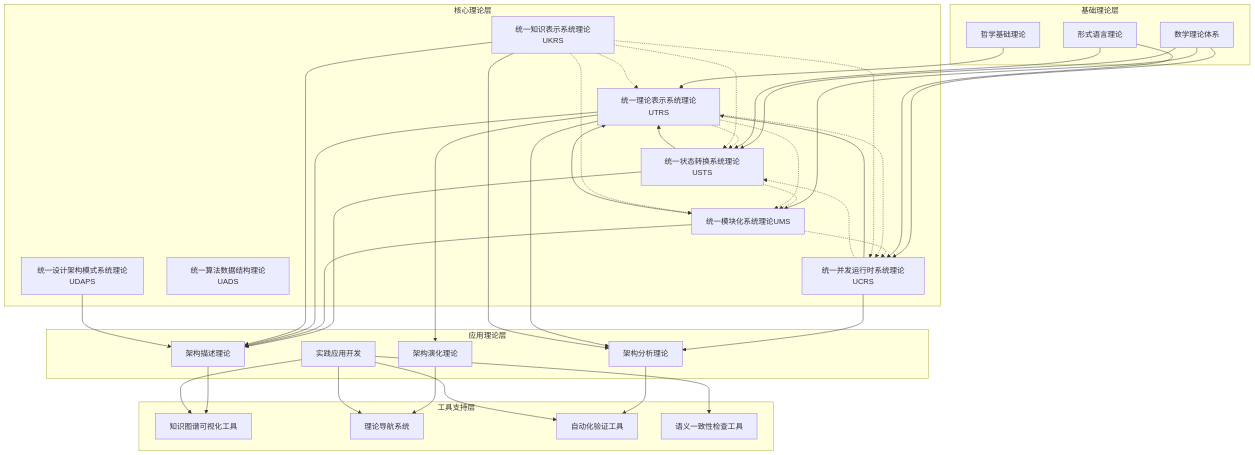
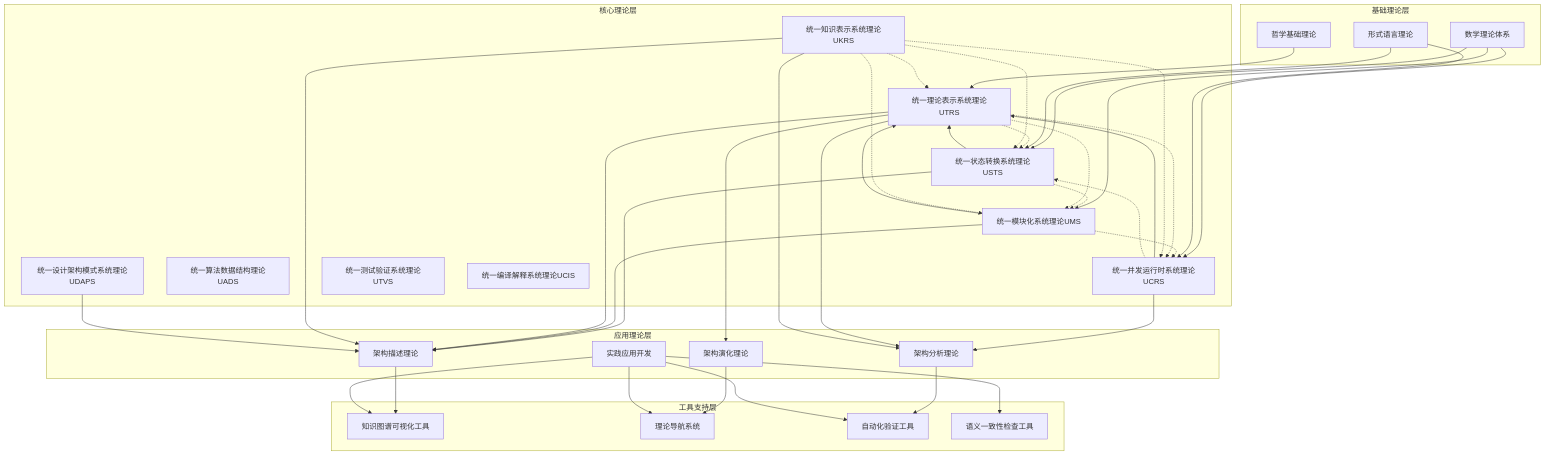
One commit to AdaMartin18010/formal-architecture changed the second of 4 diagrams in Analysis/形式化架构理论导航图.md. Above: the diagram before and after it, drawn with Mermaid. The commit also changed other lines of this file and 5 other files, not shown here.

````diff
--- a/Analysis/形式化架构理论导航图.md
+++ b/Analysis/形式化架构理论导航图.md
@@ -286,77 +290,79 @@
 ```mermaid
 graph TD
     subgraph "基础理论层"
         A1[哲学基础理论]
         A2[数学理论体系]
         A3[形式语言理论]
     end
     
     subgraph "核心理论层"
         B1[统一状态转换系统理论USTS]
         B2[统一模块化系统理论UMS]
         B3[统一并发运行时系统理论UCRS]
         B4[统一理论表示系统理论UTRS]
         B5[统一知识表示系统理论UKRS]
         B6[统一算法数据结构理论UADS]
         B7[统一设计架构模式系统理论UDAPS]
+B8[统一测试验证系统理论UTVS]
+B9[统一编译解释系统理论UCIS]
     end
     
     subgraph "应用理论层"
         C1[架构描述理论]
         C2[架构分析理论]
         C3[架构演化理论]
         C4[实践应用开发]
     end
     
     subgraph "工具支持层"
         D1[知识图谱可视化工具]
         D2[理论导航系统]
         D3[自动化验证工具]
         D4[语义一致性检查工具]
     end
     
     %% 基础理论到核心理论的映射
     A1 --> B4
     A2 --> B1
     A2 --> B2
     A2 --> B3
     A3 --> B1
     A3 --> B3
     
     %% 核心理论之间的关系
     B1 --> B4
     B2 --> B4
     B3 --> B4
     
     %% 核心理论到应用理论的映射
     B1 --> C1
     B2 --> C1
     B3 --> C2
     B4 --> C1
     B4 --> C2
     B4 --> C3
     B5 --> C1
     B7 --> C1
     B5 --> C2
     
     %% 应用理论到工具支持的映射
     C1 --> D1
     C2 --> D3
     C3 --> D2
     C4 --> D1
     C4 --> D2
     C4 --> D3
     C4 --> D4
     
     %% 统一理论之间的协同关系
     B1 -.-> B2
     B2 -.-> B3
     B3 -.-> B1
     B4 -.-> B1
     B4 -.-> B2
     B4 -.-> B3
     B5 -.-> B1
     B5 -.-> B2
     B5 -.-> B3
     B5 -.-> B4
 ```
````
